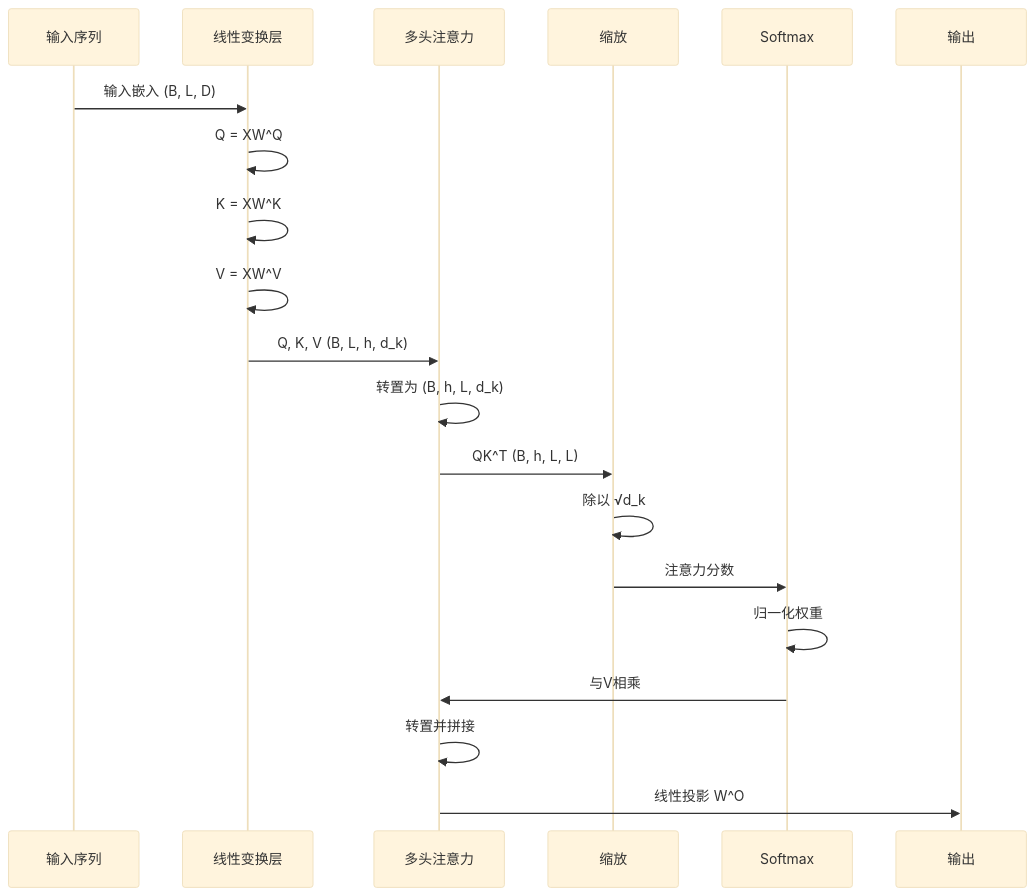
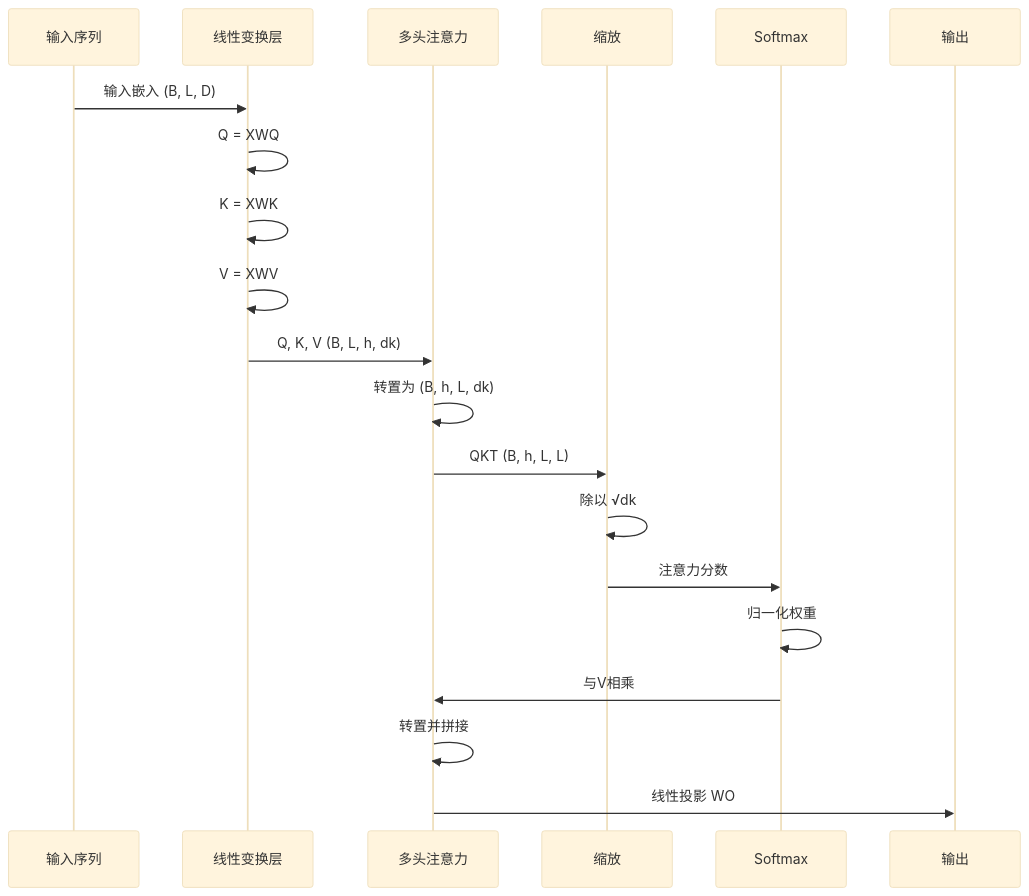
The seventh of 7 diagrams in docs/architecture.md (lizhenping/multi-head-self-attention), drawn with Mermaid (base theme) before and after one commit. The commit also changed other lines of this file, not shown here.

````diff
--- a/docs/architecture.md
+++ b/docs/architecture.md
@@ -306,23 +307,23 @@
 ```mermaid
 sequenceDiagram
     participant Input as 输入序列
     participant Linear as 线性变换层
     participant MHA as 多头注意力
     participant Scale as 缩放
     participant Softmax as Softmax
     participant Output as 输出
     
     Input->>Linear: 输入嵌入 (B, L, D)
-    Linear->>Linear: Q = XW^Q
-    Linear->>Linear: K = XW^K  
-    Linear->>Linear: V = XW^V
-    Linear->>MHA: Q, K, V (B, L, h, d_k)
-    MHA->>MHA: 转置为 (B, h, L, d_k)
-    MHA->>Scale: QK^T (B, h, L, L)
-    Scale->>Scale: 除以 √d_k
+    Linear->>Linear: Q = XWQ
+    Linear->>Linear: K = XWK  
+    Linear->>Linear: V = XWV
+    Linear->>MHA: Q, K, V (B, L, h, dk)
+    MHA->>MHA: 转置为 (B, h, L, dk)
+    MHA->>Scale: QKT (B, h, L, L)
+    Scale->>Scale: 除以 √dk
     Scale->>Softmax: 注意力分数
     Softmax->>Softmax: 归一化权重
     Softmax->>MHA: 与V相乘
     MHA->>MHA: 转置并拼接
-    MHA->>Output: 线性投影 W^O
+    MHA->>Output: 线性投影 WO
 ```
````
